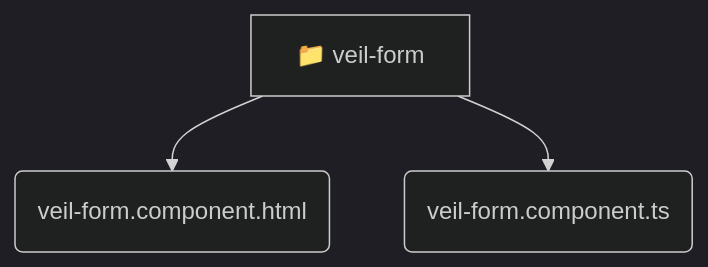
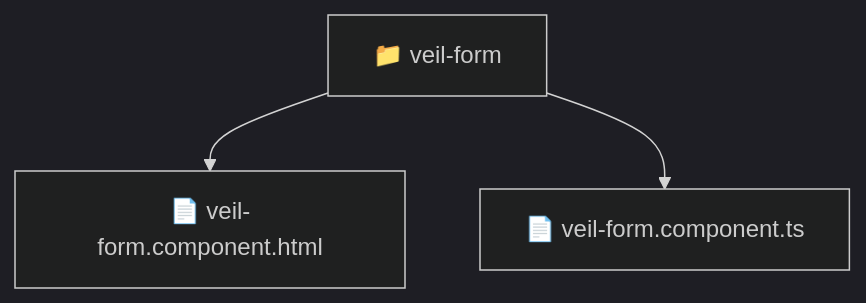
One commit to beginwebdev2002/fullstack-mavluda changed the diagram in frontend/src/pages/veil/ui/veil-form/README.md. Above: the diagram before and after it, drawn with Mermaid (dark theme). The commit also changed other lines of this file and 163 other files, not shown here.

````diff
--- a/frontend/src/pages/veil/ui/veil-form/README.md
+++ b/frontend/src/pages/veil/ui/veil-form/README.md
@@ -11,6 +10,6 @@
 ```mermaid
 graph TD
-  veil_form[📁 veil-form]
-  veil_form --> veil_form_veil_form_component_html(veil-form.component.html)
-  veil_form --> veil_form_veil_form_component_ts(veil-form.component.ts)
+  Root["📁 veil-form"]
+  Root --> veilformcomponenthtml["📄 veil-form.component.html"]
+  Root --> veilformcomponentts["📄 veil-form.component.ts"]
 ```
````
